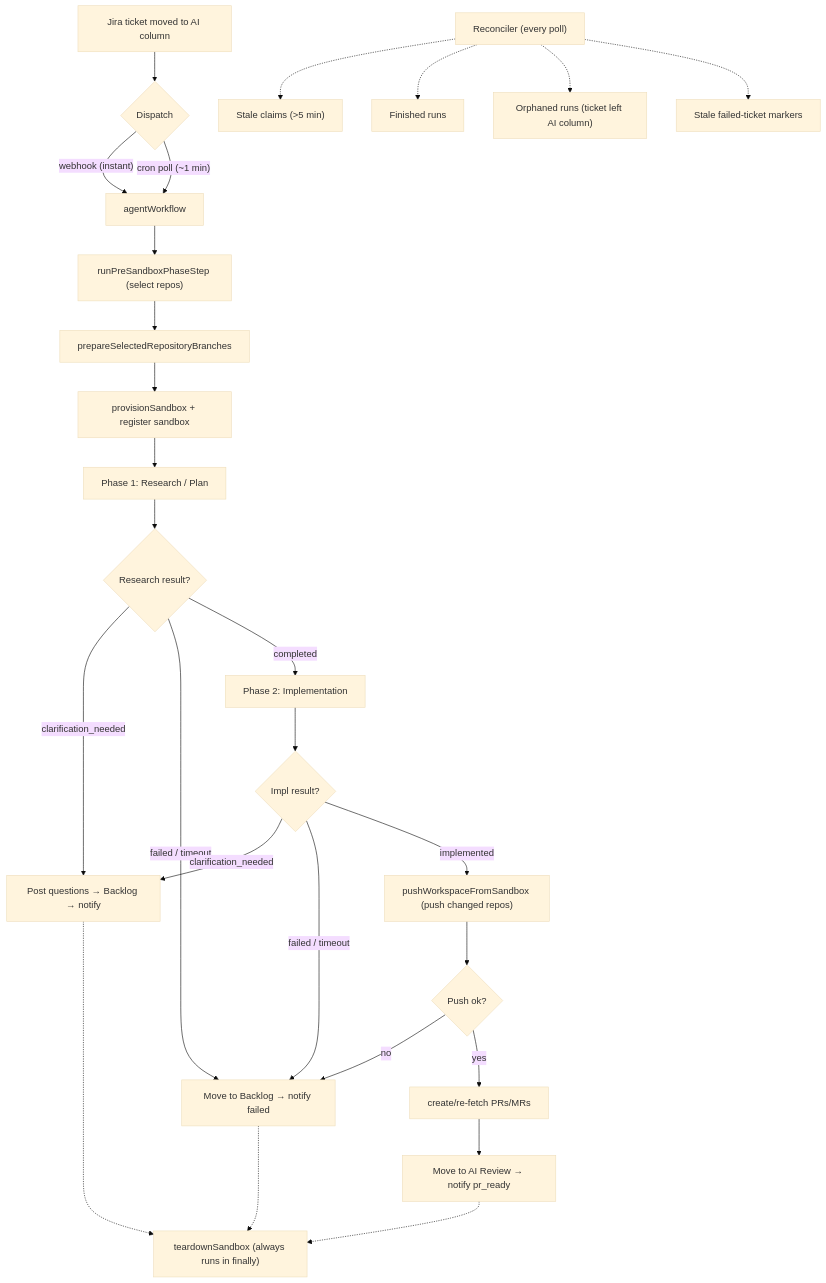
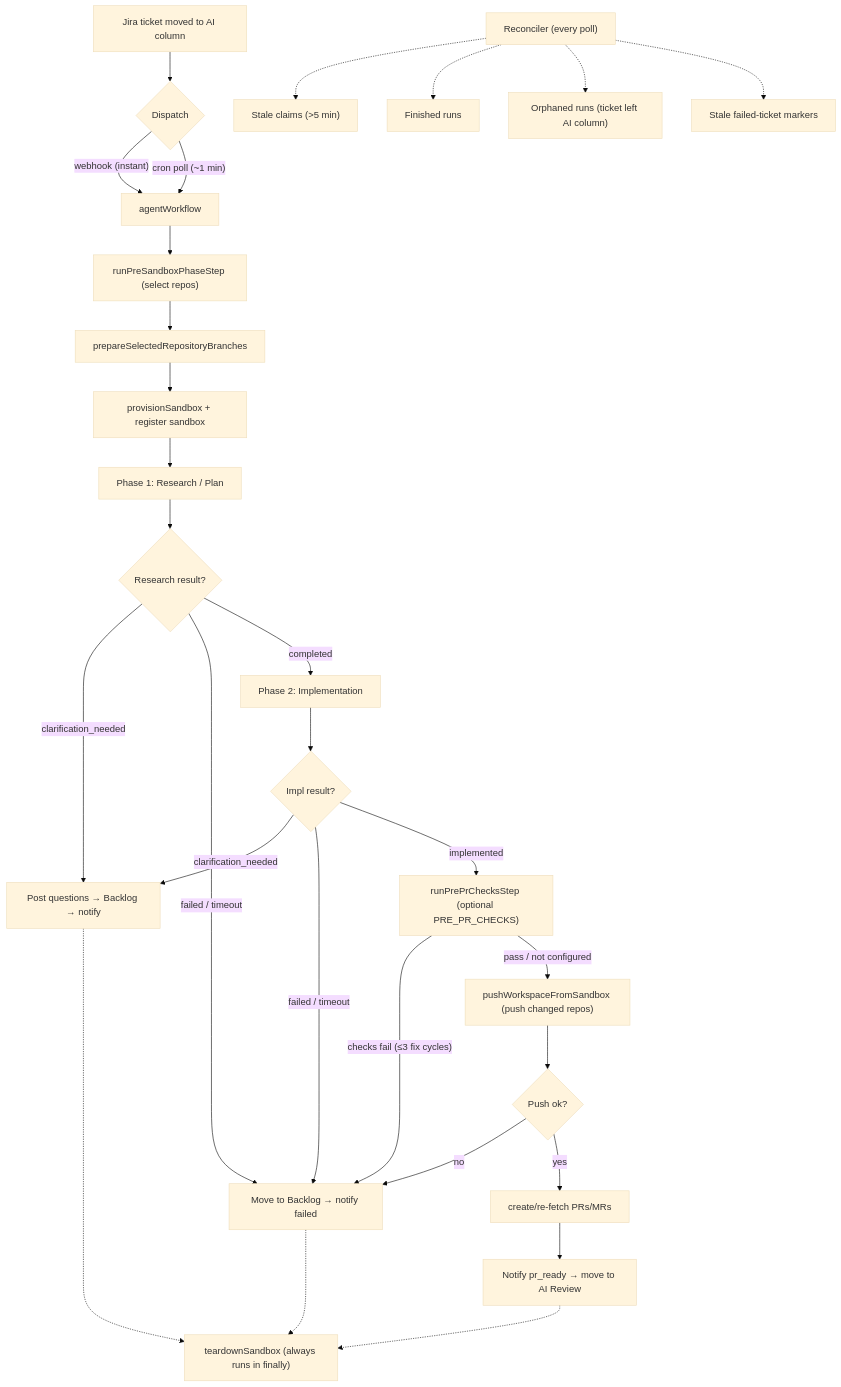
Before and after one commit to Blazity/ai-workflow: the diagram in README.md, drawn with Mermaid (base theme). The commit also changed other lines of this file and 1 other file, not shown here.

````diff
--- a/README.md
+++ b/README.md
@@ -70,36 +72,38 @@
 ```mermaid
 flowchart TD
     A["Jira ticket moved to AI column"] --> B{"Dispatch"}
     B -- "webhook (instant)" --> D["agentWorkflow"]
     B -- "cron poll (~1 min)" --> D
 
     D --> E["runPreSandboxPhaseStep (select repos)"]
     E --> F["prepareSelectedRepositoryBranches"]
     F --> G["provisionSandbox + register sandbox"]
 
     G --> P1["Phase 1: Research / Plan"]
     P1 --> P1R{Research result?}
     P1R -- "clarification_needed" --> CL["Post questions → Backlog → notify"]
     P1R -- "failed / timeout" --> FB["Move to Backlog → notify failed"]
     P1R -- "completed" --> P2["Phase 2: Implementation"]
 
     P2 --> P2R{Impl result?}
     P2R -- "clarification_needed" --> CL
     P2R -- "failed / timeout" --> FB
-    P2R -- "implemented" --> PUSH["pushWorkspaceFromSandbox (push changed repos)"]
+    P2R -- "implemented" --> GATE["runPrePrChecksStep (optional PRE_PR_CHECKS)"]
+    GATE -- "checks fail (≤3 fix cycles)" --> FB
+    GATE -- "pass / not configured" --> PUSH["pushWorkspaceFromSandbox (push changed repos)"]
 
     PUSH --> PUSHR{Push ok?}
     PUSHR -- "no" --> FB
     PUSHR -- "yes" --> PR["create/re-fetch PRs/MRs"]
-    PR --> MV["Move to AI Review → notify pr_ready"]
+    PR --> MV["Notify pr_ready → move to AI Review"]
 
     TD["teardownSandbox (always runs in finally)"]
     MV -.-> TD
     CL -.-> TD
     FB -.-> TD
 
     R["Reconciler (every poll)"] -.-> R1["Stale claims (>5 min)"]
     R -.-> R2["Finished runs"]
     R -.-> R3["Orphaned runs (ticket left AI column)"]
     R -.-> R4["Stale failed-ticket markers"]
 ```
````
